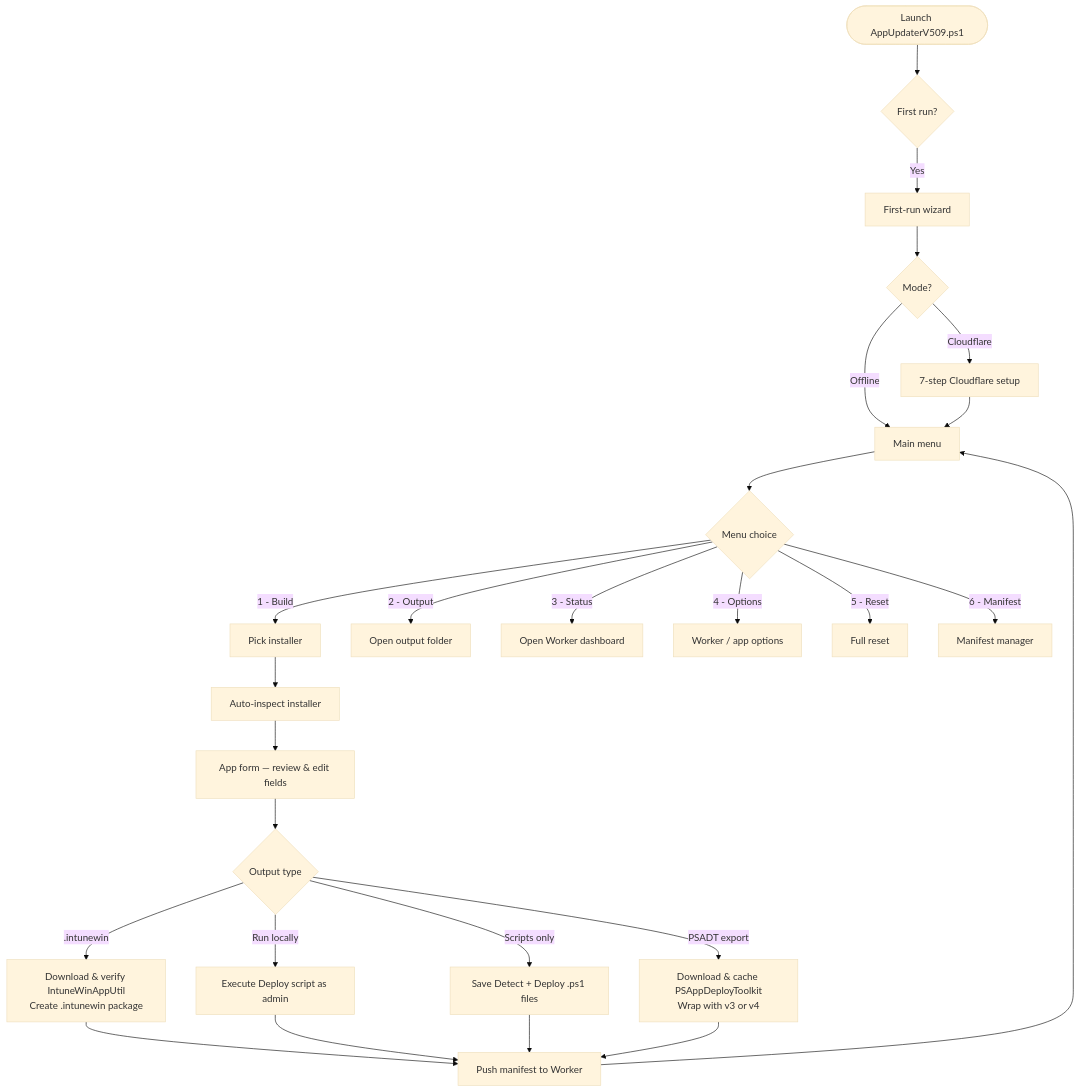
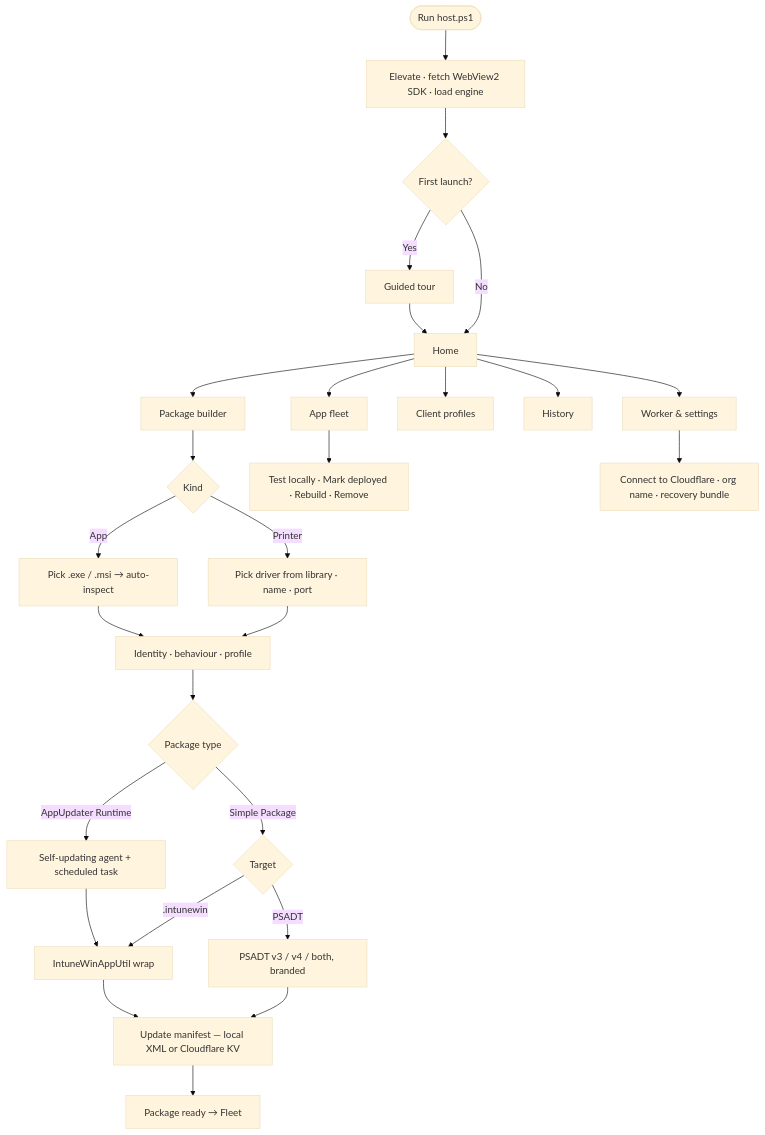
One commit to Lyvvy-xyz/appupdater changed the second of 2 diagrams in README.md. Above: the diagram before and after it, drawn with Mermaid (base theme). The commit also changed other lines of this file and 3 other files, not shown here.

````diff
--- a/README.md
+++ b/README.md
@@ -136,31 +184,32 @@
 ```mermaid
 flowchart TD
-    A([Launch AppUpdaterV509.ps1]) --> B{First run?}
-    B -->|Yes| C[First-run wizard]
-    C --> D{Mode?}
-    D -->|Cloudflare| E[7-step Cloudflare setup]
-    D -->|Offline| F[Main menu]
-    E --> F
+    A([Run host.ps1]) --> B[Elevate · fetch WebView2 SDK · load engine]
+    B --> C{First launch?}
+    C -->|Yes| D[Guided tour]
+    C -->|No| E[Home]
+    D --> E
 
-    F --> G{Menu choice}
-    G -->|1 - Build| H[Pick installer]
-    G -->|2 - Output| I[Open output folder]
-    G -->|3 - Status| J[Open Worker dashboard]
-    G -->|4 - Options| K[Worker / app options]
-    G -->|5 - Reset| L[Full reset]
-    G -->|6 - Manifest| M[Manifest manager]
+    E --> F[Package builder]
+    E --> G[App fleet]
+    E --> H[Client profiles]
+    E --> I[History]
+    E --> J[Worker & settings]
 
-    H --> N[Auto-inspect installer]
-    N --> O[App form — review & edit fields]
-    O --> P{Output type}
-    P -->|.intunewin| Q[Download & verify IntuneWinAppUtil\nCreate .intunewin package]
-    P -->|Run locally| R[Execute Deploy script as admin]
-    P -->|Scripts only| S[Save Detect + Deploy .ps1 files]
-    P -->|PSADT export| T[Download & cache PSAppDeployToolkit\nWrap with v3 or v4]
+    F --> K{Kind}
+    K -->|App| L[Pick .exe / .msi → auto-inspect]
+    K -->|Printer| M[Pick driver from library · name · port]
+    L --> N[Identity · behaviour · profile]
+    M --> N
+    N --> O{Package type}
+    O -->|AppUpdater Runtime| P[Self-updating agent + scheduled task]
+    O -->|Simple Package| Q{Target}
+    Q -->|.intunewin| R[IntuneWinAppUtil wrap]
+    Q -->|PSADT| S[PSADT v3 / v4 / both, branded]
+    P --> R
+    R --> T[Update manifest — local XML or Cloudflare KV]
+    S --> T
+    T --> U[Package ready → Fleet]
 
-    Q --> U[Push manifest to Worker]
-    R --> U
-    S --> U
-    T --> U
-    U --> F
+    G --> V[Test locally · Mark deployed · Rebuild · Remove]
+    J --> W[Connect to Cloudflare · org name · recovery bundle]
 ```
````
